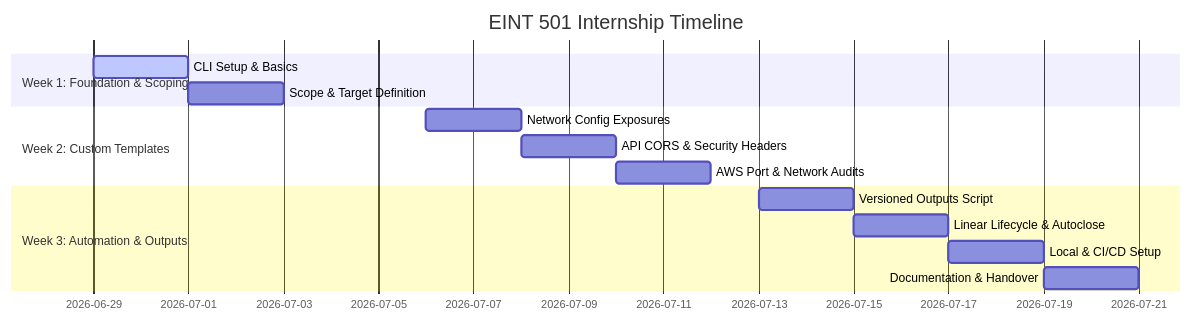
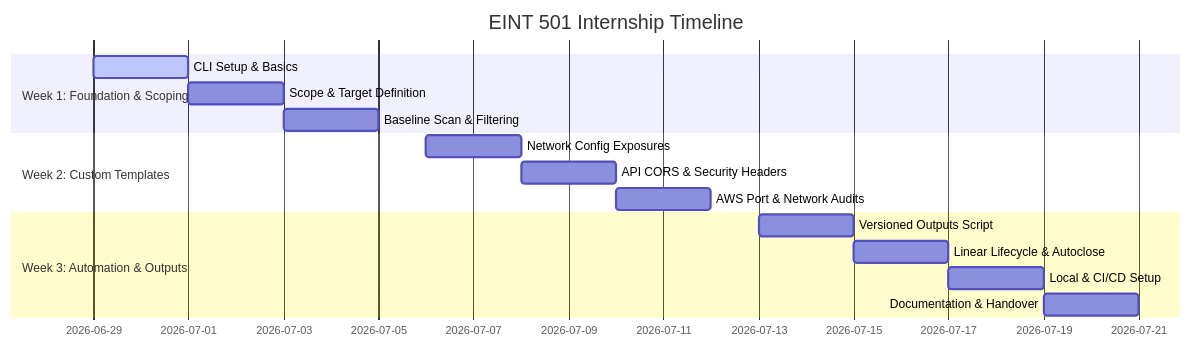
The second of 2 diagrams in eint-501.md (Wolchonak-161/Nuclei), drawn with Mermaid before and after one commit. The commit also changed other lines of this file, not shown here.

````diff
--- a/eint-501.md
+++ b/eint-501.md
@@ -23,17 +134,18 @@
 ```mermaid
 gantt
     title EINT 501 Internship Timeline
     dateFormat  YYYY-MM-DD
     section Week 1: Foundation & Scoping
     CLI Setup & Basics          :active, 2026-06-29, 2d
     Scope & Target Definition   :2026-07-01, 2d
+    Baseline Scan & Filtering   :2026-07-03, 2d
     section Week 2: Custom Templates
     Network Config Exposures   :2026-07-06, 2d
     API CORS & Security Headers:2026-07-08, 2d
     AWS Port & Network Audits  :2026-07-10, 2d
     section Week 3: Automation & Outputs
     Versioned Outputs Script   :2026-07-13, 2d
     Linear Lifecycle & Autoclose:2026-07-15, 2d
     Local & CI/CD Setup         :2026-07-17, 2d
     Documentation & Handover    :2026-07-19, 2d
 ```
````
